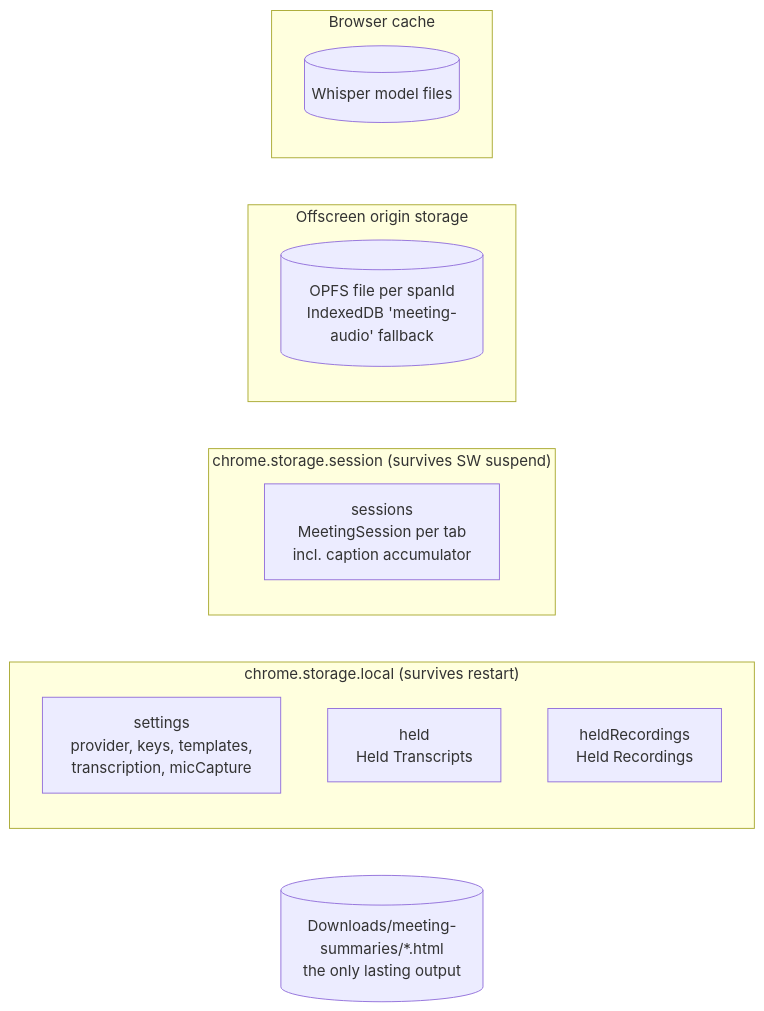
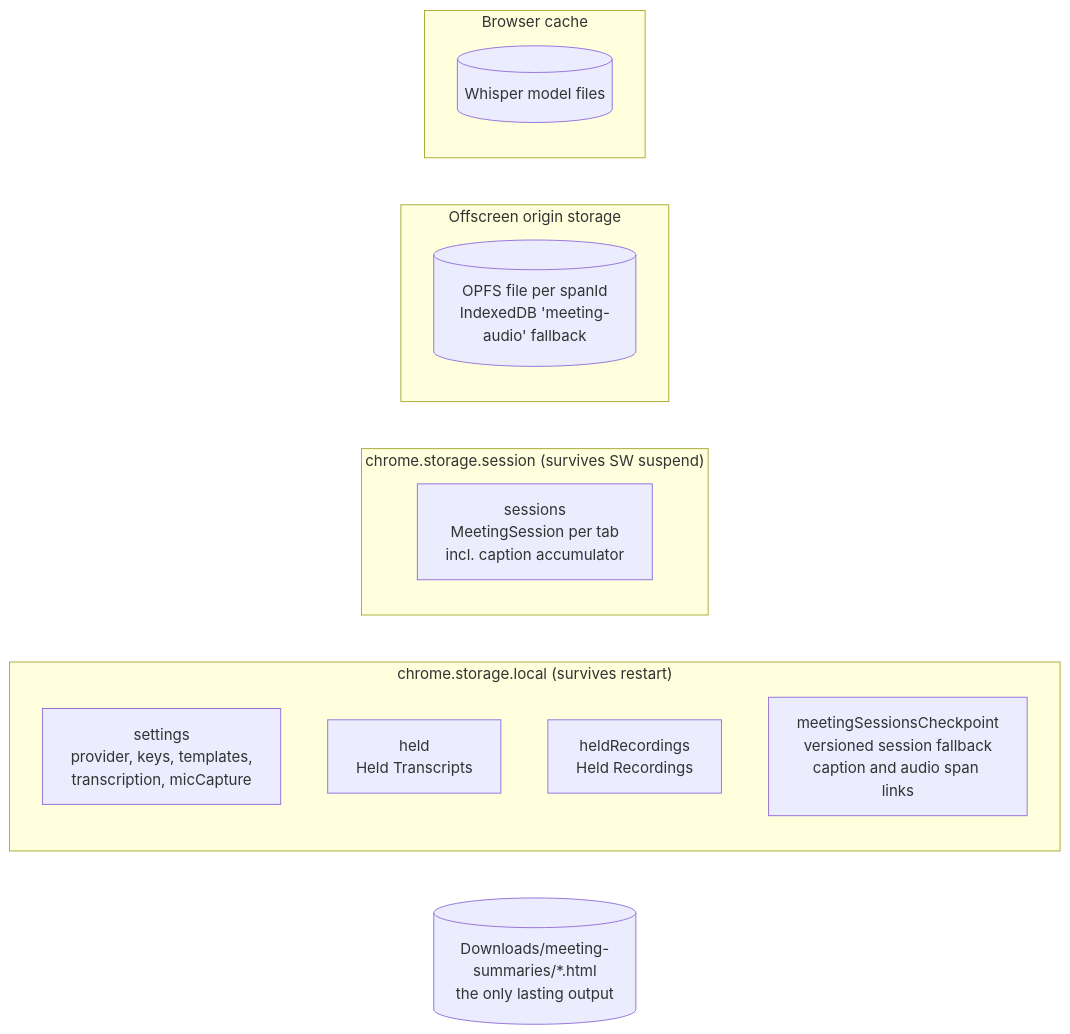
Before and after one commit to dominic676767/meeting-summarizer: diagram 11 of 11 in docs/ARCHITECTURE.md, drawn with Mermaid. The commit also changed other lines of this file and 54 other files, not shown here.

````diff
--- a/docs/ARCHITECTURE.md
+++ b/docs/ARCHITECTURE.md
@@ -477,18 +515,19 @@
 ```mermaid
 flowchart LR
     subgraph local["chrome.storage.local (survives restart)"]
         settingsK["settings<br/>provider, keys, templates,<br/>transcription, micCapture"]
         heldK["held<br/>Held Transcripts"]
         heldRK["heldRecordings<br/>Held Recordings"]
+        checkpointK["meetingSessionsCheckpoint<br/>versioned session fallback<br/>caption and audio span links"]
     end
     subgraph sessionS["chrome.storage.session (survives SW suspend)"]
         sessionsK["sessions<br/>MeetingSession per tab<br/>incl. caption accumulator"]
     end
     subgraph audio["Offscreen origin storage"]
         opfs[("OPFS file per spanId<br/>IndexedDB 'meeting-audio' fallback")]
     end
     subgraph browser["Browser cache"]
         model[("Whisper model files")]
     end
     dl[("Downloads/meeting-summaries/*.html<br/>the only lasting output")]
 ```
````
